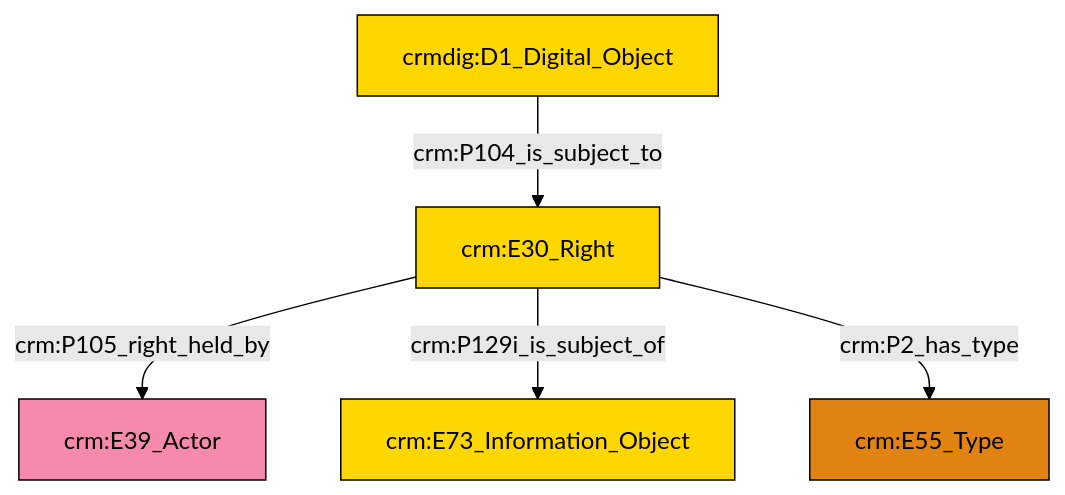
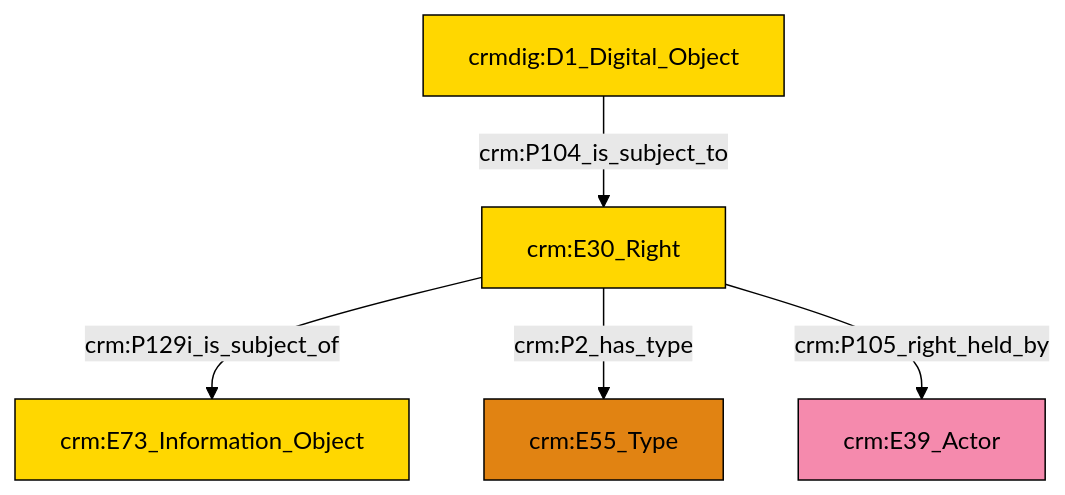
One commit to swiss-art-research-net/reference-data-models changed the diagram in et/doCSV/ttl/mmd/do_rights.ttl.mmd. Above: the diagram before and after it, drawn with Mermaid (forest theme). The commit also changed 129 other files, not shown here.

```diff
--- a/et/doCSV/ttl/mmd/do_rights.ttl.mmd
+++ b/et/doCSV/ttl/mmd/do_rights.ttl.mmd
@@ -1,19 +1,19 @@
 graph TD
 classDef Literal fill:#f2f2f2,stroke:#000000;
 classDef CRM_Entity fill:#FFFFFF,stroke:#000000;
 classDef Temporal_Entity fill:#00C9E6, stroke:#000000;
 classDef Type fill:#E18312, stroke:#000000;
 classDef Time-Span fill:#2C9C91, stroke:#000000;
 classDef Appellation fill:#FFEB7F, stroke:#000000;
 classDef Place fill:#008836, stroke:#000000;
 classDef Persistent_Item fill:#B266B2, stroke:#000000;
 classDef Conceptual_Object fill:#FFD700, stroke:#000000;
 classDef Physical_Thing fill:#D2B48C, stroke:#000000;
 classDef Actor fill:#f58aad, stroke:#000000;
 classDef PC_Classes fill:#4ce600, stroke:#000000;
 classDef Multi fill:#cccccc,stroke:#000000;
 
-4["crm:E30_Right"]:::Conceptual_Object -->|crm:P105_right_held_by| 0["crm:E39_Actor"]:::Actor
-4["crm:E30_Right"]:::Conceptual_Object -->|crm:P129i_is_subject_of| 6["crm:E73_Information_Object"]:::Conceptual_Object
-4["crm:E30_Right"]:::Conceptual_Object -->|crm:P2_has_type| 8["crm:E55_Type"]:::Type
-2["crmdig:D1_Digital_Object"]:::Conceptual_Object -->|crm:P104_is_subject_to| 4["crm:E30_Right"]:::Conceptual_Object
+0["crm:E30_Right"]:::Conceptual_Object -->|crm:P129i_is_subject_of| 1["crm:E73_Information_Object"]:::Conceptual_Object
+2["crmdig:D1_Digital_Object"]:::Conceptual_Object -->|crm:P104_is_subject_to| 0["crm:E30_Right"]:::Conceptual_Object
+0["crm:E30_Right"]:::Conceptual_Object -->|crm:P2_has_type| 5["crm:E55_Type"]:::Type
+0["crm:E30_Right"]:::Conceptual_Object -->|crm:P105_right_held_by| 6["crm:E39_Actor"]:::Actor
```
